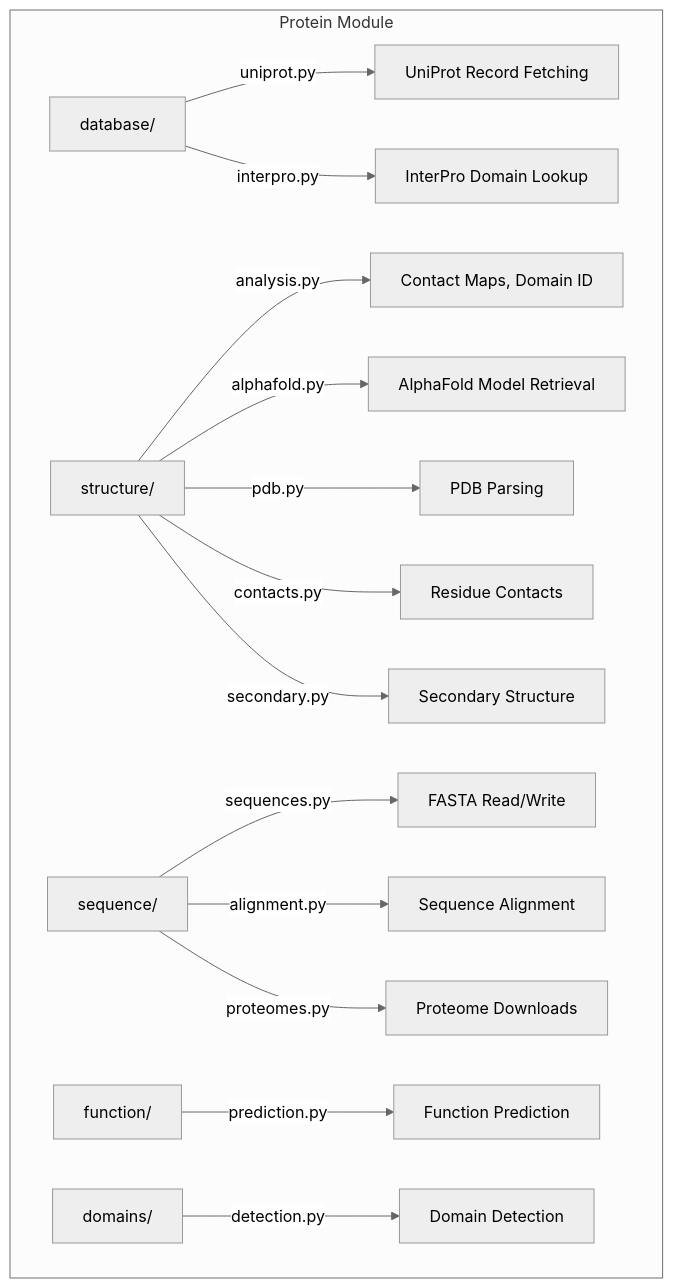
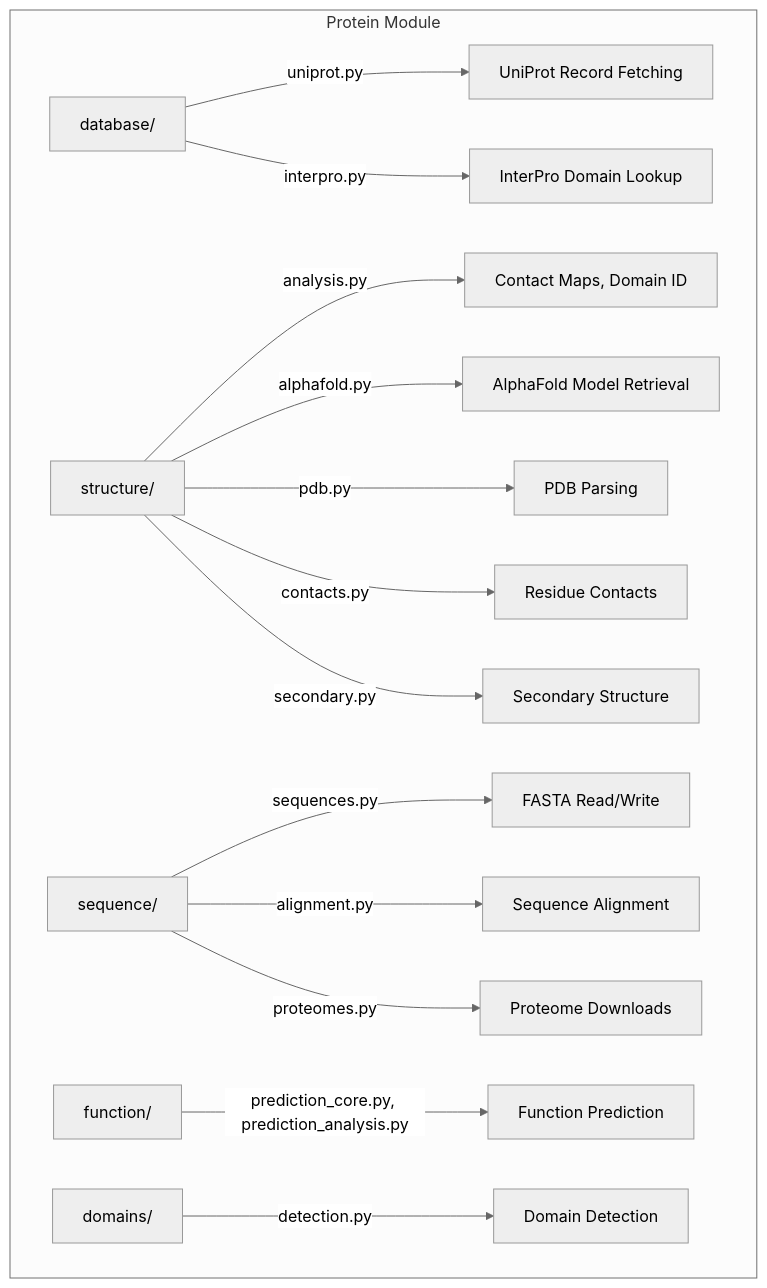
The diagram in src/metainformant/protein/README.md (docxology/MetaInformAnt), drawn with Mermaid (neutral theme) before and after one commit. The commit also changed 633 other files, not shown here.

````diff
--- a/src/metainformant/protein/README.md
+++ b/src/metainformant/protein/README.md
@@ -23,20 +23,20 @@
 ```mermaid
 graph TD
     subgraph "Protein Module"
         DB[database/] --> |uniprot.py| UP[UniProt Record Fetching]
         DB --> |interpro.py| IP[InterPro Domain Lookup]
 
         ST[structure/] --> |analysis.py| AN[Contact Maps, Domain ID]
         ST --> |alphafold.py| AF[AlphaFold Model Retrieval]
         ST --> |pdb.py| PD[PDB Parsing]
         ST --> |contacts.py| CO[Residue Contacts]
         ST --> |secondary.py| SS[Secondary Structure]
 
         SQ[sequence/] --> |sequences.py| FA[FASTA Read/Write]
         SQ --> |alignment.py| AL[Sequence Alignment]
         SQ --> |proteomes.py| PR[Proteome Downloads]
 
-        FN[function/] --> |prediction.py| FP[Function Prediction]
+        FN[function/] --> |prediction_core.py, prediction_analysis.py| FP[Function Prediction]
         DO[domains/] --> |detection.py| DD[Domain Detection]
     end
 ```
````
